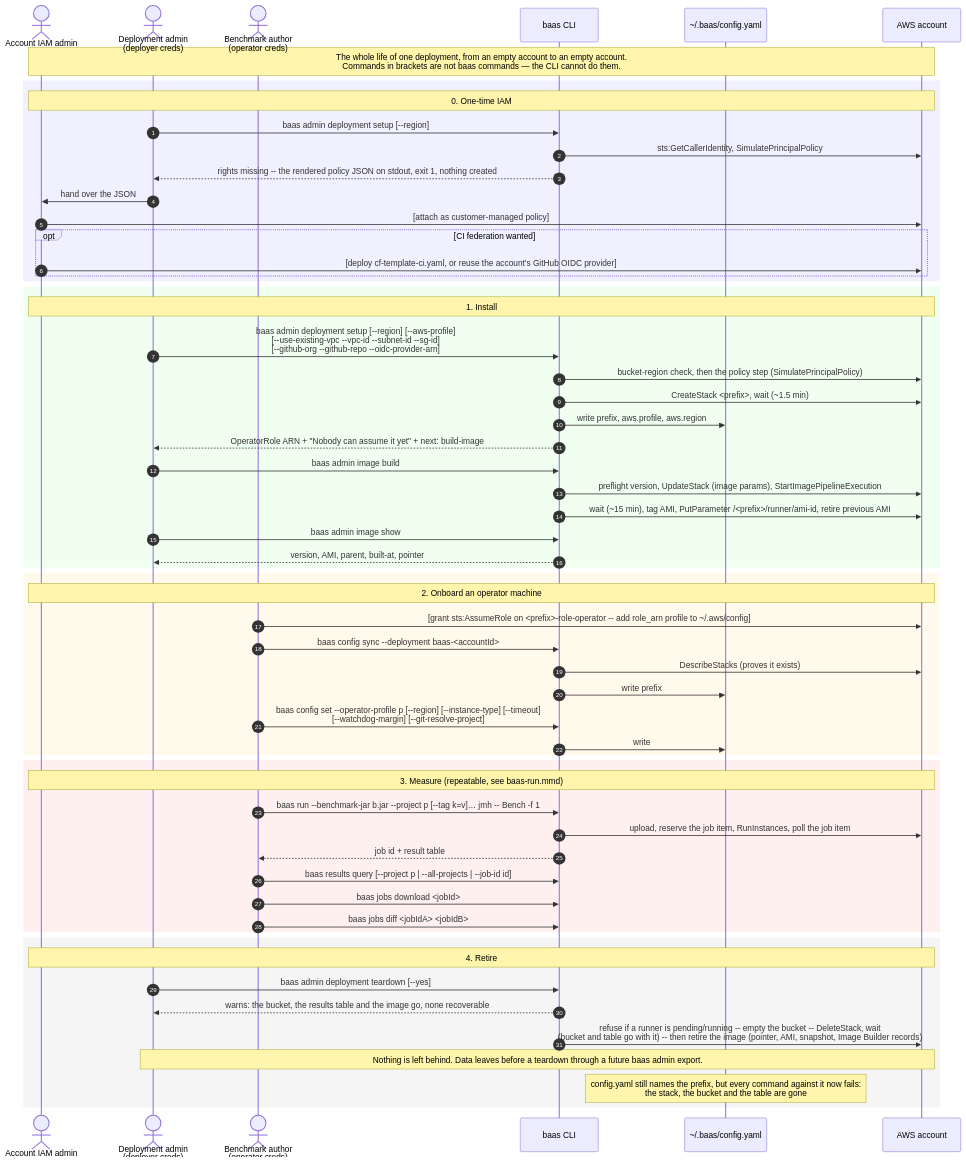
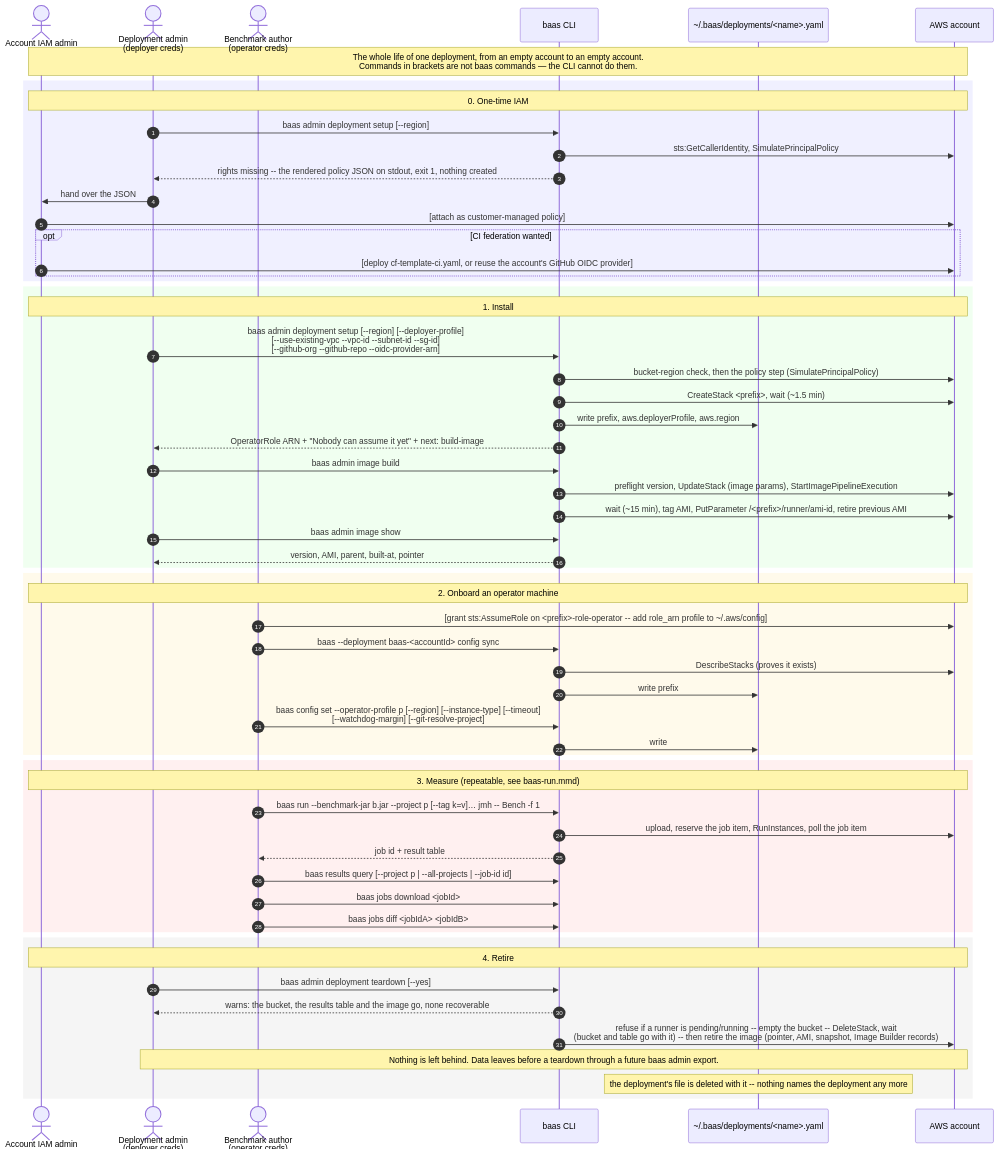
The diagram in docs/diagrams/baas-lifecycle.mmd (wsztajerowski/benchmark-as-a-service), drawn with Mermaid before and after one commit. The commit also changed 17 other files, not shown here.

First line of the commit message:
docs: record several deployments per account (ADR 0006) and close U36, C5, U33

```diff
--- a/docs/diagrams/baas-lifecycle.mmd
+++ b/docs/diagrams/baas-lifecycle.mmd
@@ -1,65 +1,65 @@
 sequenceDiagram
     autonumber
     actor IA as Account IAM admin
     actor Adm as Deployment admin<br/>(deployer creds)
     actor Op as Benchmark author<br/>(operator creds)
     participant CLI as baas CLI
-    participant CFG as ~/.baas/config.yaml
+    participant CFG as ~/.baas/deployments/<name>.yaml
     participant AWS as AWS account
 
     Note over IA,AWS: The whole life of one deployment, from an empty account to an empty account.<br/>Commands in brackets are not baas commands — the CLI cannot do them.
 
     rect rgb(240, 240, 255)
         Note over IA,AWS: 0. One-time IAM
         Adm->>CLI: baas admin deployment setup [--region]
         CLI->>AWS: sts:GetCallerIdentity, SimulatePrincipalPolicy
         CLI-->>Adm: rights missing -- the rendered policy JSON on stdout, exit 1, nothing created
         Adm->>IA: hand over the JSON
         IA->>AWS: [attach as customer-managed policy]
         opt CI federation wanted
             IA->>AWS: [deploy cf-template-ci.yaml, or reuse the account's GitHub OIDC provider]
         end
     end
 
     rect rgb(240, 255, 240)
         Note over IA,AWS: 1. Install
-        Adm->>CLI: baas admin deployment setup [--region] [--aws-profile]<br/>[--use-existing-vpc --vpc-id --subnet-id --sg-id]<br/>[--github-org --github-repo --oidc-provider-arn]
+        Adm->>CLI: baas admin deployment setup [--region] [--deployer-profile]<br/>[--use-existing-vpc --vpc-id --subnet-id --sg-id]<br/>[--github-org --github-repo --oidc-provider-arn]
         CLI->>AWS: bucket-region check, then the policy step (SimulatePrincipalPolicy)
         CLI->>AWS: CreateStack <prefix>, wait (~1.5 min)
-        CLI->>CFG: write prefix, aws.profile, aws.region
+        CLI->>CFG: write prefix, aws.deployerProfile, aws.region
         CLI-->>Adm: OperatorRole ARN + "Nobody can assume it yet" + next: build-image
         Adm->>CLI: baas admin image build
         CLI->>AWS: preflight version, UpdateStack (image params), StartImagePipelineExecution
         CLI->>AWS: wait (~15 min), tag AMI, PutParameter /<prefix>/runner/ami-id, retire previous AMI
         Adm->>CLI: baas admin image show
         CLI-->>Adm: version, AMI, parent, built-at, pointer
     end
 
     rect rgb(255, 250, 235)
         Note over IA,AWS: 2. Onboard an operator machine
         Op->>AWS: [grant sts:AssumeRole on <prefix>-role-operator -- add role_arn profile to ~/.aws/config]
-        Op->>CLI: baas config sync --deployment baas-<accountId>
+        Op->>CLI: baas --deployment baas-<accountId> config sync
         CLI->>AWS: DescribeStacks (proves it exists)
         CLI->>CFG: write prefix
         Op->>CLI: baas config set --operator-profile p [--region] [--instance-type] [--timeout]<br/>[--watchdog-margin] [--git-resolve-project]
         CLI->>CFG: write
     end
 
     rect rgb(255, 240, 240)
         Note over IA,AWS: 3. Measure (repeatable, see baas-run.mmd)
         Op->>CLI: baas run --benchmark-jar b.jar --project p [--tag k=v]… jmh -- Bench -f 1
         CLI->>AWS: upload, reserve the job item, RunInstances, poll the job item
         CLI-->>Op: job id + result table
         Op->>CLI: baas results query [--project p | --all-projects | --job-id id]
         Op->>CLI: baas jobs download <jobId>
         Op->>CLI: baas jobs diff <jobIdA> <jobIdB>
     end
 
     rect rgb(245, 245, 245)
         Note over IA,AWS: 4. Retire
         Adm->>CLI: baas admin deployment teardown [--yes]
         CLI-->>Adm: warns: the bucket, the results table and the image go, none recoverable
         CLI->>AWS: refuse if a runner is pending/running -- empty the bucket -- DeleteStack, wait<br/>(bucket and table go with it) -- then retire the image (pointer, AMI, snapshot, Image Builder records)
         Note over Adm,AWS: Nothing is left behind. Data leaves before a teardown through a future baas admin export.
-        Note over CFG: config.yaml still names the prefix, but every command against it now fails:<br/>the stack, the bucket and the table are gone
+        Note over CFG: the deployment's file is deleted with it -- nothing names the deployment any more
     end
```
